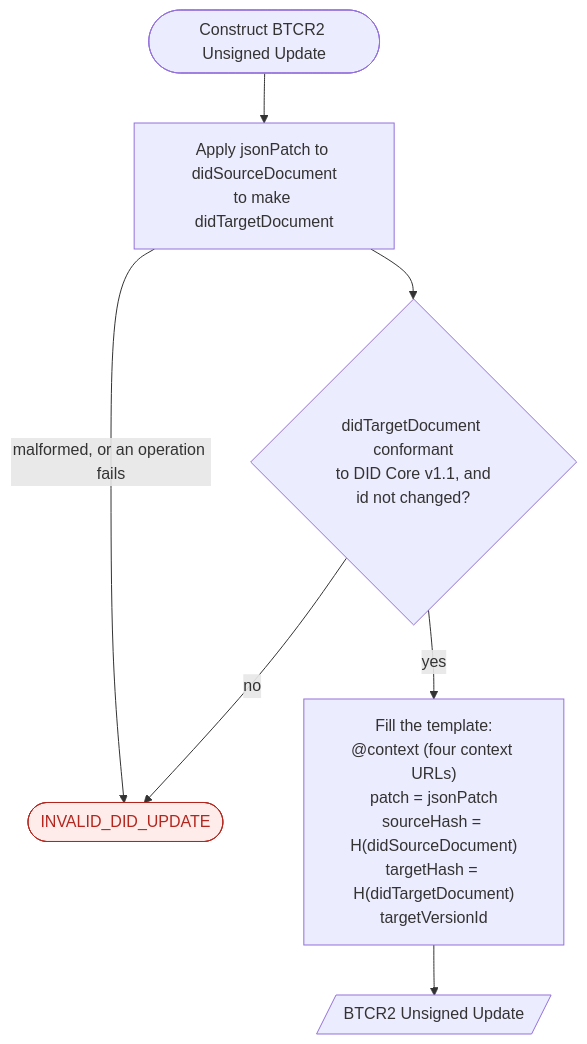
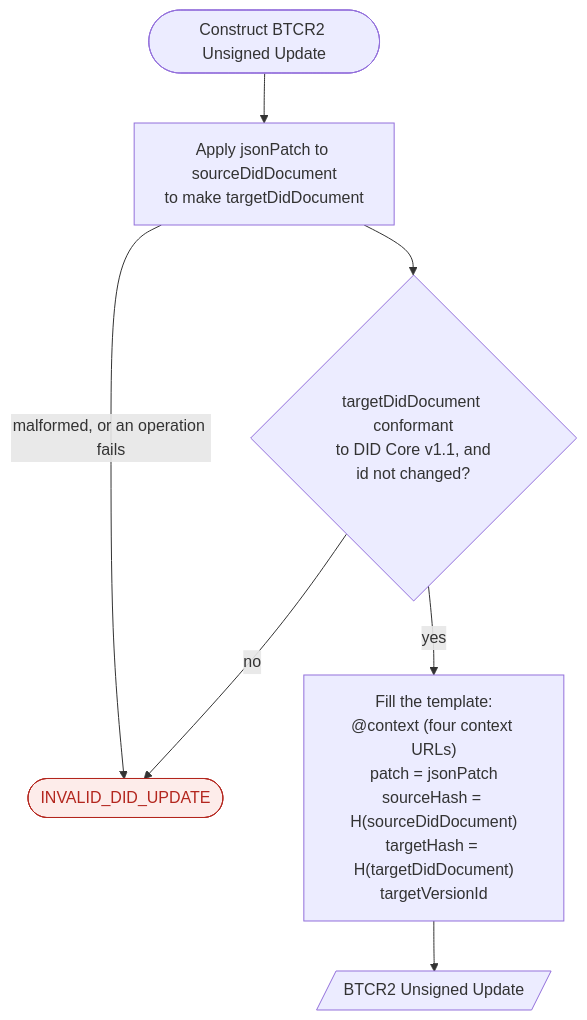
Before and after one commit to dcdpr/website-btcr2-dev: the second of 6 diagrams in src/content/docs/diagrams/update.md, drawn with Mermaid. The commit also changed other lines of this file and 4 other files, not shown here.

First line of the commit message:
docs(diagrams): follow the spec changes to update and resolve

````diff
--- a/src/content/docs/diagrams/update.md
+++ b/src/content/docs/diagrams/update.md
@@ -39,11 +49,11 @@
 ```mermaid
 flowchart TD
   classDef error fill:#fdecea,stroke:#b3261e,color:#b3261e
 
-  Start(["Construct BTCR2 Unsigned Update"]) --> Patch["Apply jsonPatch to didSourceDocument<br/>to make didTargetDocument"]
+  Start(["Construct BTCR2 Unsigned Update"]) --> Patch["Apply jsonPatch to sourceDidDocument<br/>to make targetDidDocument"]
   Patch -->|"malformed, or an operation fails"| Err(["INVALID_DID_UPDATE"]):::error
-  Patch --> Valid{"didTargetDocument conformant<br/>to DID Core v1.1, and<br/>id not changed?"}
+  Patch --> Valid{"targetDidDocument conformant<br/>to DID Core v1.1, and<br/>id not changed?"}
   Valid -->|"no"| Err
-  Valid -->|"yes"| Fill["Fill the template:<br/>@context (four context URLs)<br/>patch = jsonPatch<br/>sourceHash = H(didSourceDocument)<br/>targetHash = H(didTargetDocument)<br/>targetVersionId"]
+  Valid -->|"yes"| Fill["Fill the template:<br/>@context (four context URLs)<br/>patch = jsonPatch<br/>sourceHash = H(sourceDidDocument)<br/>targetHash = H(targetDidDocument)<br/>targetVersionId"]
   Fill --> Return[/"BTCR2 Unsigned Update"/]
 ```
````
